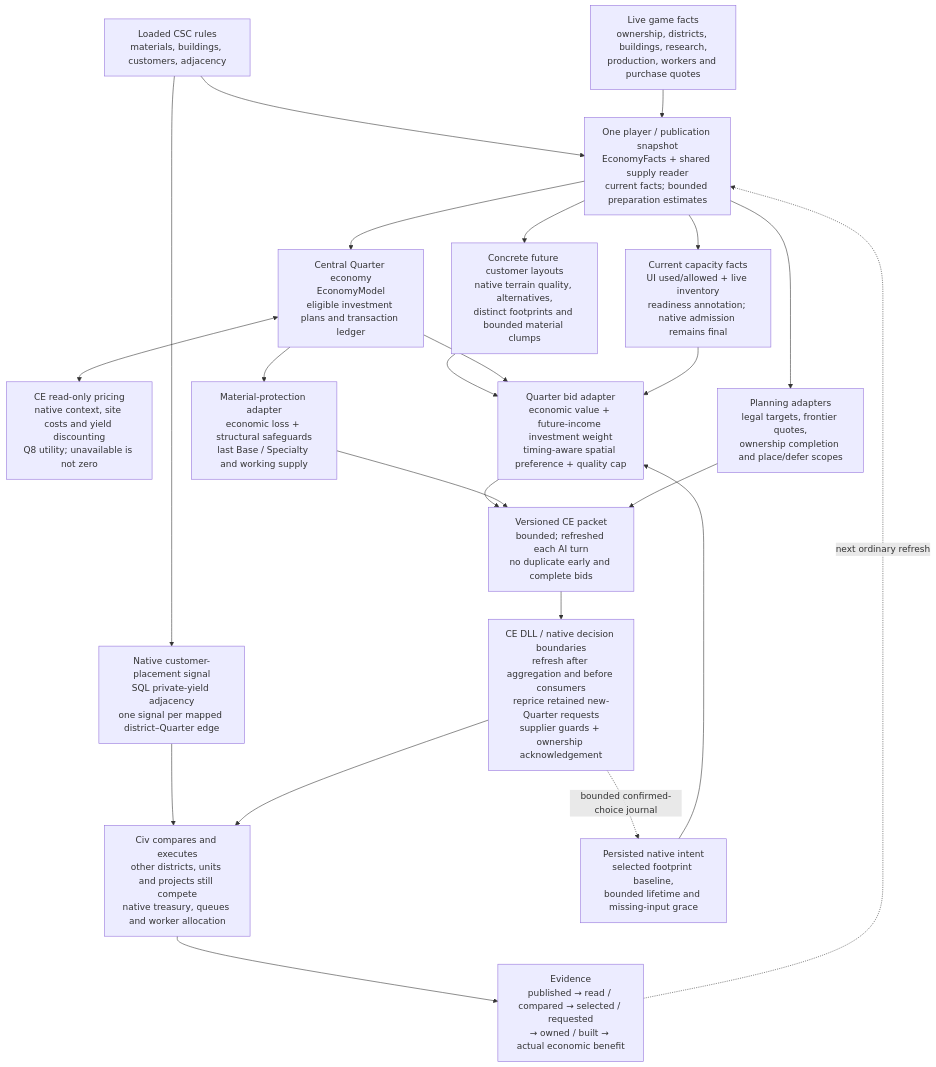
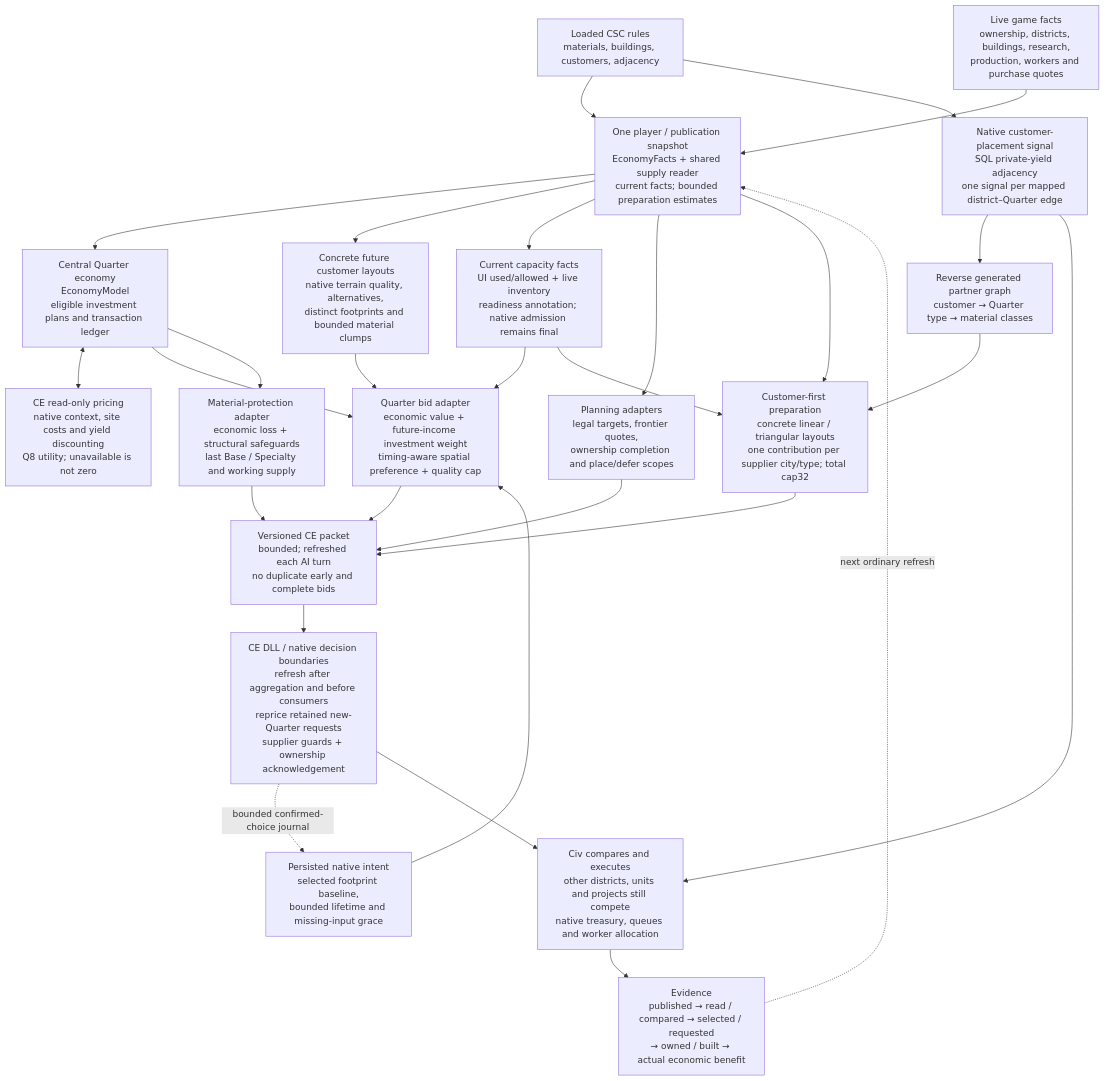
One commit to hennogous/Henno-Mods changed the diagram in project/docs/civ6-ai/architecture.md. Above: the diagram before and after it, drawn with Mermaid. The commit also changed other lines of this file and 8 other files, not shown here.

Commit message:
Document customer-first planning, shared supplier bonuses and next live validation

````diff
--- a/project/docs/civ6-ai/architecture.md
+++ b/project/docs/civ6-ai/architecture.md
@@ -77,39 +77,44 @@
 ```mermaid
 flowchart TD
     DB["Loaded CSC rules<br/>materials, buildings, customers, adjacency"]
     LIVE["Live game facts<br/>ownership, districts, buildings, research,<br/>production, workers and purchase quotes"]
     FACTS["One player / publication snapshot<br/>EconomyFacts + shared supply reader<br/>current facts; bounded preparation estimates"]
     MODEL["Central Quarter economy<br/>EconomyModel<br/>eligible investment plans and transaction ledger"]
     PRICE["CE read-only pricing<br/>native context, site costs and yield discounting<br/>Q8 utility; unavailable is not zero"]
     SITE["Quarter bid adapter<br/>economic value + future-income investment weight<br/>timing-aware spatial preference + quality cap"]
     CAP["Current capacity facts<br/>UI used/allowed + live inventory<br/>readiness annotation; native admission remains final"]
     PROTECT["Material-protection adapter<br/>economic loss + structural safeguards<br/>last Base / Specialty and working supply"]
     PLAN["Planning adapters<br/>legal targets, frontier quotes,<br/>ownership completion and place/defer scopes"]
     SQL["Native customer-placement signal<br/>SQL private-yield adjacency<br/>one signal per mapped district–Quarter edge"]
     PACKET["Versioned CE packet<br/>bounded; refreshed each AI turn<br/>no duplicate early and complete bids"]
     CE["CE DLL / native decision boundaries<br/>refresh after aggregation and before consumers<br/>reprice retained new-Quarter requests<br/>supplier guards + ownership acknowledgement"]
     CIV["Civ compares and executes<br/>other districts, units and projects still compete<br/>native treasury, queues and worker allocation"]
     OBS["Evidence<br/>published → read / compared → selected / requested<br/>→ owned / built → actual economic benefit"]
     DB --> FACTS
     LIVE --> FACTS
     FACTS --> MODEL
     FACTS --> SPATIAL["Concrete future customer layouts<br/>native terrain quality, alternatives,<br/>distinct footprints and bounded material clumps"]
     SPATIAL --> SITE
     MODEL <--> PRICE
     MODEL --> SITE
     CE -. "bounded confirmed-choice journal" .-> INTENT["Persisted native intent<br/>selected footprint baseline,<br/>bounded lifetime and missing-input grace"]
     INTENT --> SITE
     FACTS --> CAP
     CAP --> SITE
     MODEL --> PROTECT
     FACTS --> PLAN
     DB --> SQL
+    SQL --> REVERSE["Reverse generated partner graph<br/>customer → Quarter type → material classes"]
+    REVERSE --> FIRST["Customer-first preparation<br/>concrete linear / triangular layouts<br/>one contribution per supplier city/type; total cap32"]
+    FACTS --> FIRST
+    CAP --> FIRST
+    FIRST --> PACKET
     SITE --> PACKET
     PROTECT --> PACKET
     PLAN --> PACKET
     PACKET --> CE
     SQL --> CIV
     CE --> CIV
     CIV --> OBS
     OBS -. "next ordinary refresh" .-> FACTS
 ```
````
